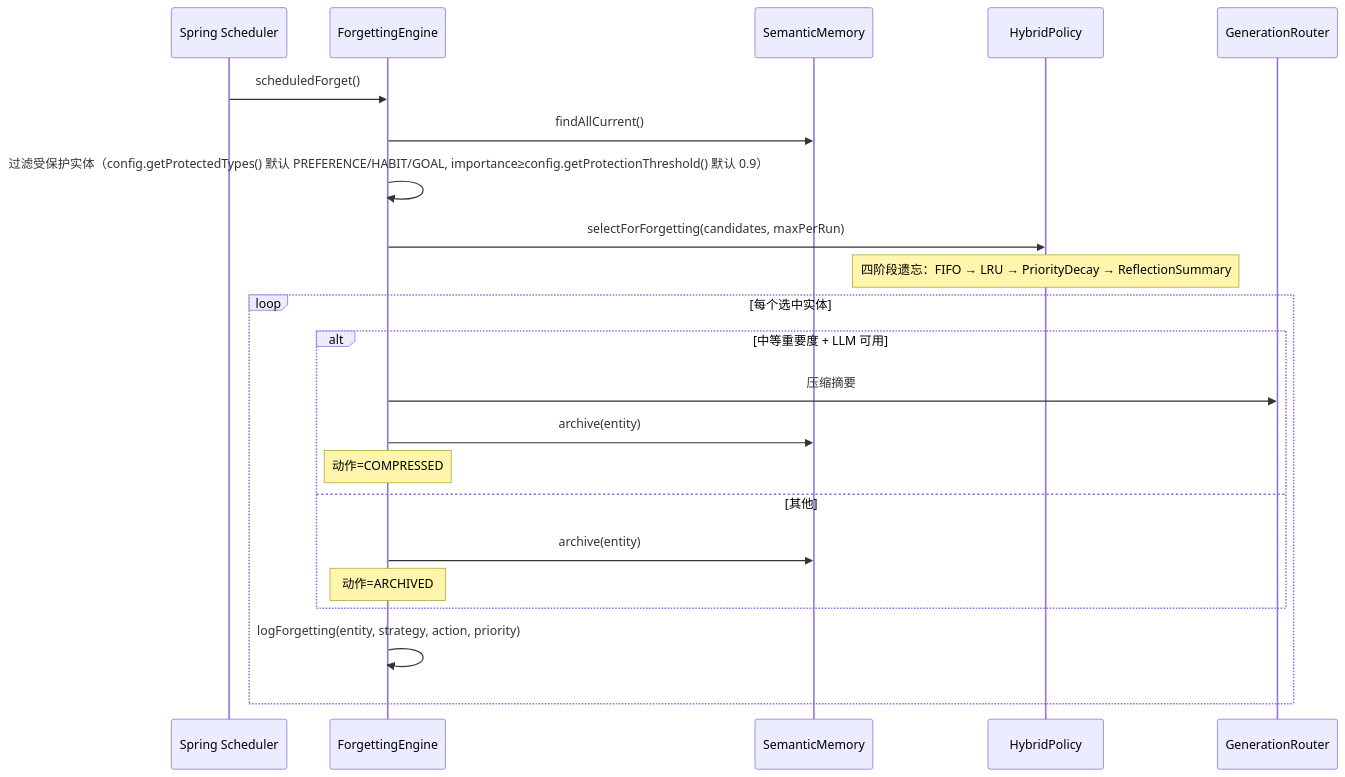
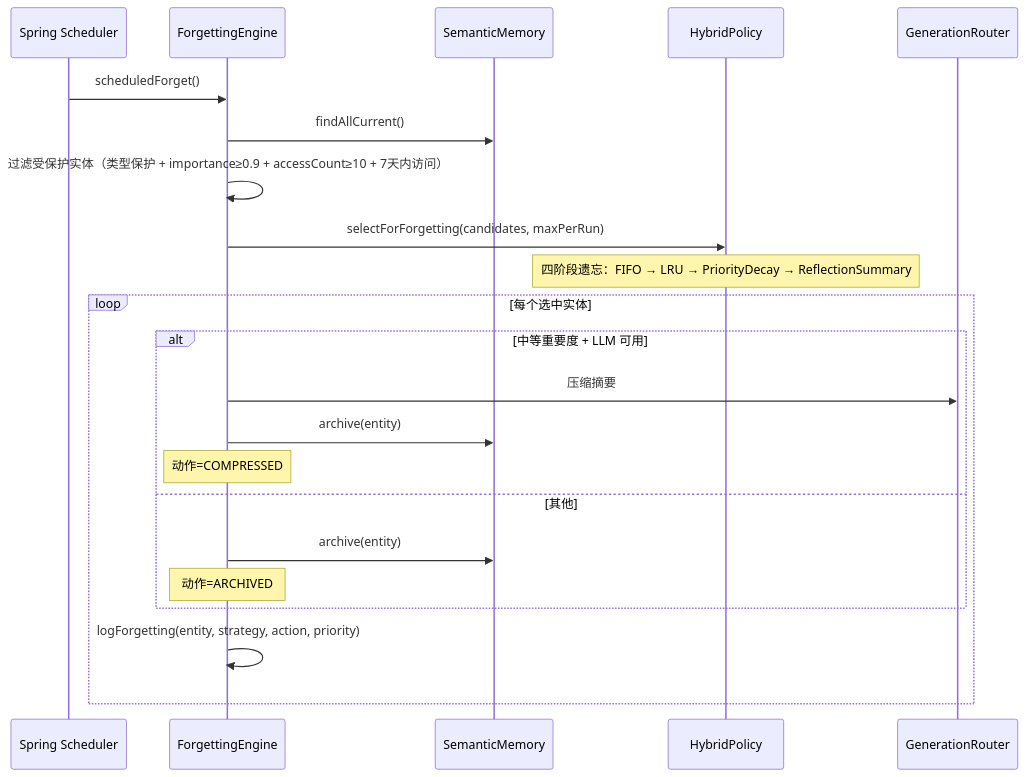
The third of 3 diagrams in docs/architecture/memory-advanced.md (ntygod/LifePilot), drawn with Mermaid before and after one commit. The commit also changed other lines of this file and 26 other files, not shown here.

````diff
--- a/docs/architecture/memory-advanced.md
+++ b/docs/architecture/memory-advanced.md
@@ -203,27 +213,27 @@
 ```mermaid
 sequenceDiagram
     participant SCH as Spring Scheduler
     participant FE as ForgettingEngine
     participant SM as SemanticMemory
     participant HP as HybridPolicy
     participant LLM as GenerationRouter
 
     SCH->>FE: scheduledForget()
     FE->>SM: findAllCurrent()
-    FE->>FE: 过滤受保护实体（config.getProtectedTypes() 默认 PREFERENCE/HABIT/GOAL, importance≥config.getProtectionThreshold() 默认 0.9）
+    FE->>FE: 过滤受保护实体（类型保护 + importance≥0.9 + accessCount≥10 + 7天内访问）
 
     FE->>HP: selectForForgetting(candidates, maxPerRun)
     Note over HP: 四阶段遗忘：FIFO → LRU → PriorityDecay → ReflectionSummary
 
     loop 每个选中实体
         alt 中等重要度 + LLM 可用
             FE->>LLM: 压缩摘要
             FE->>SM: archive(entity)
             Note over FE: 动作=COMPRESSED
         else 其他
             FE->>SM: archive(entity)
             Note over FE: 动作=ARCHIVED
         end
         FE->>FE: logForgetting(entity, strategy, action, priority)
     end
 ```
````
